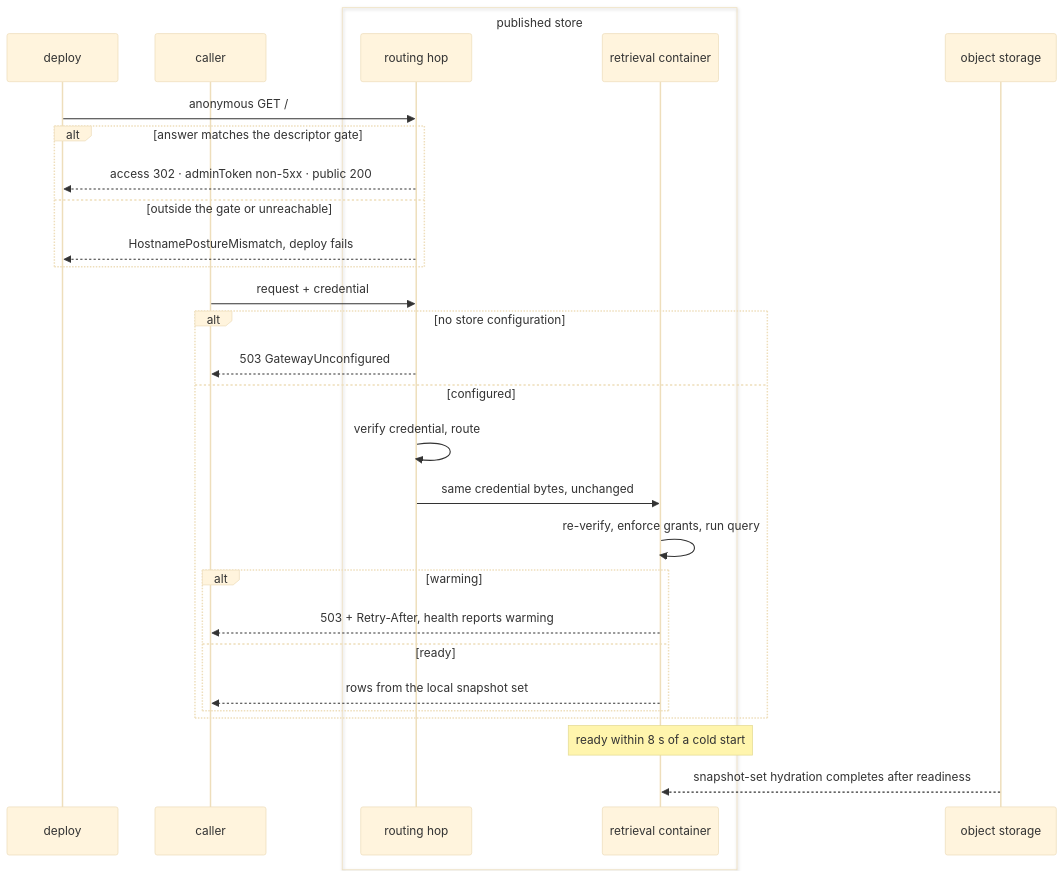
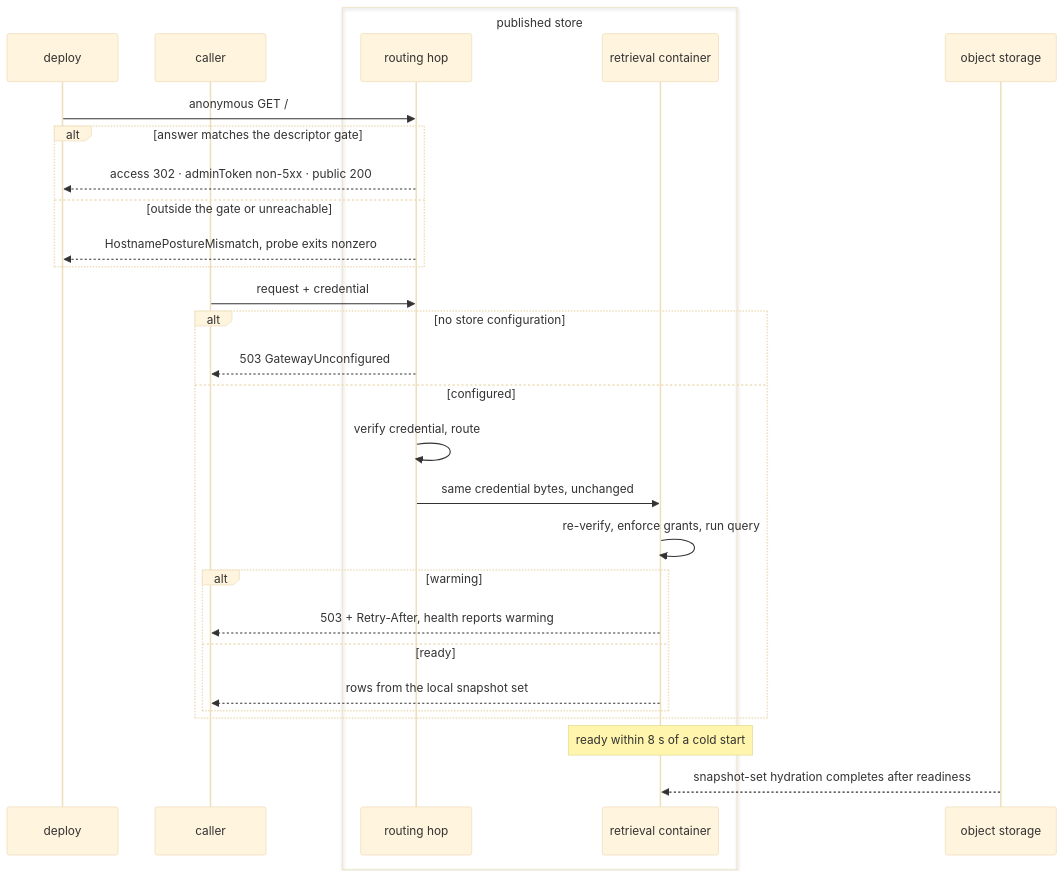
The fourth of 5 diagrams in spec/01-topology.md (fractalboxdev/contextful), drawn with Mermaid (base theme) before and after one commit. The commit also changed other lines of this file and 8 other files, not shown here.

First line of the commit message:
topology: `contextful-ci deploy probe` refuses a deploy tree that names no hostname

````diff
--- a/spec/01-topology.md
+++ b/spec/01-topology.md
@@ -232,33 +234,33 @@
 ```mermaid
 sequenceDiagram
   participant D as deploy
   participant C as caller
   box published store
     participant H as routing hop
     participant R as retrieval container
   end
   participant O as object storage
 
   D->>H: anonymous GET /
   alt answer matches the descriptor gate
     H-->>D: access 302 · adminToken non-5xx · public 200
   else outside the gate or unreachable
-    H-->>D: HostnamePostureMismatch, deploy fails
+    H-->>D: HostnamePostureMismatch, probe exits nonzero
   end
 
   C->>H: request + credential
   alt no store configuration
     H-->>C: 503 GatewayUnconfigured
   else configured
     H->>H: verify credential, route
     H->>R: same credential bytes, unchanged
     R->>R: re-verify, enforce grants, run query
     alt warming
       R-->>C: 503 + Retry-After, health reports warming
     else ready
       R-->>C: rows from the local snapshot set
     end
   end
   Note over R: ready within 8 s of a cold start
   O-->>R: snapshot-set hydration completes after readiness
 ```
````
